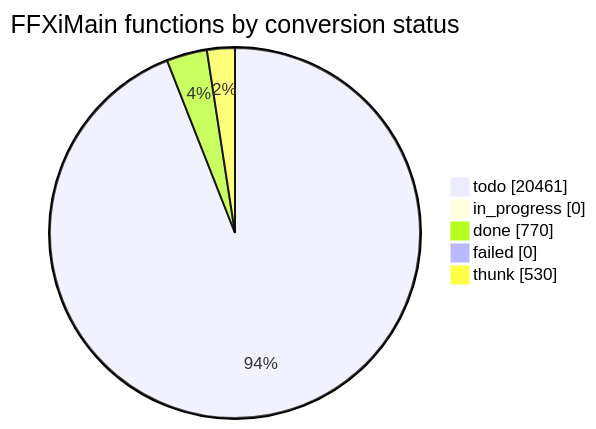
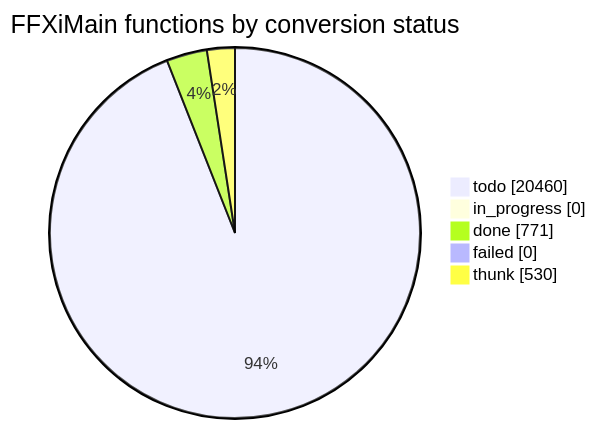
One commit to cowrevenge/cow_kuluu_xi_anything changed the diagram in docs/cow/STATUS.md. Above: the diagram before and after it, drawn with Mermaid. The commit also changed other lines of this file and 9 other files, not shown here.

````diff
--- a/docs/cow/STATUS.md
+++ b/docs/cow/STATUS.md
@@ -18,9 +18,9 @@
 ```mermaid
 pie showData
     title FFXiMain functions by conversion status
-    "todo" : 20461
+    "todo" : 20460
     "in_progress" : 0
-    "done" : 770
+    "done" : 771
     "failed" : 0
     "thunk" : 530
 ```
````
